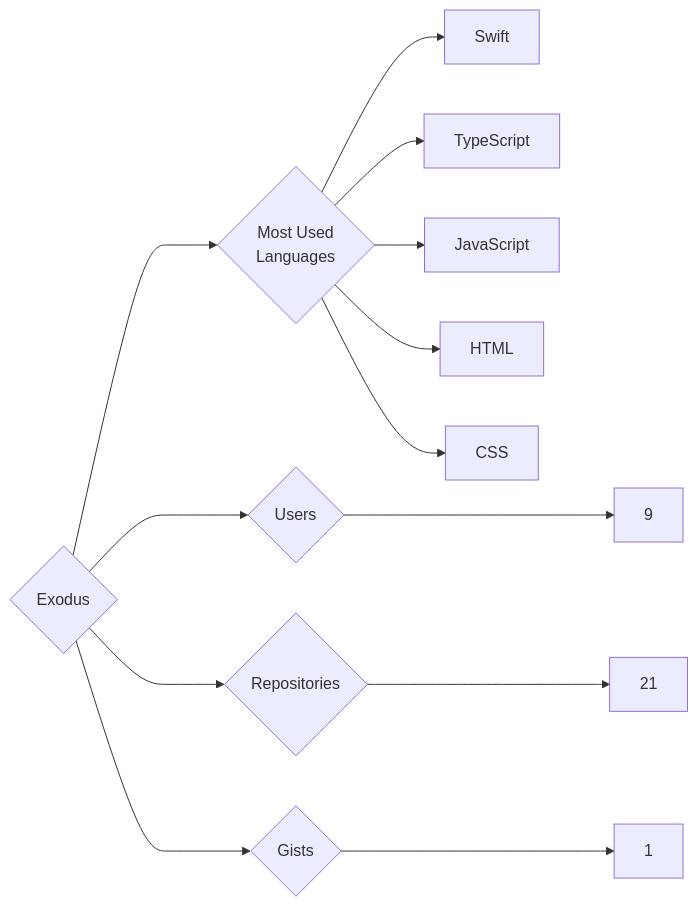
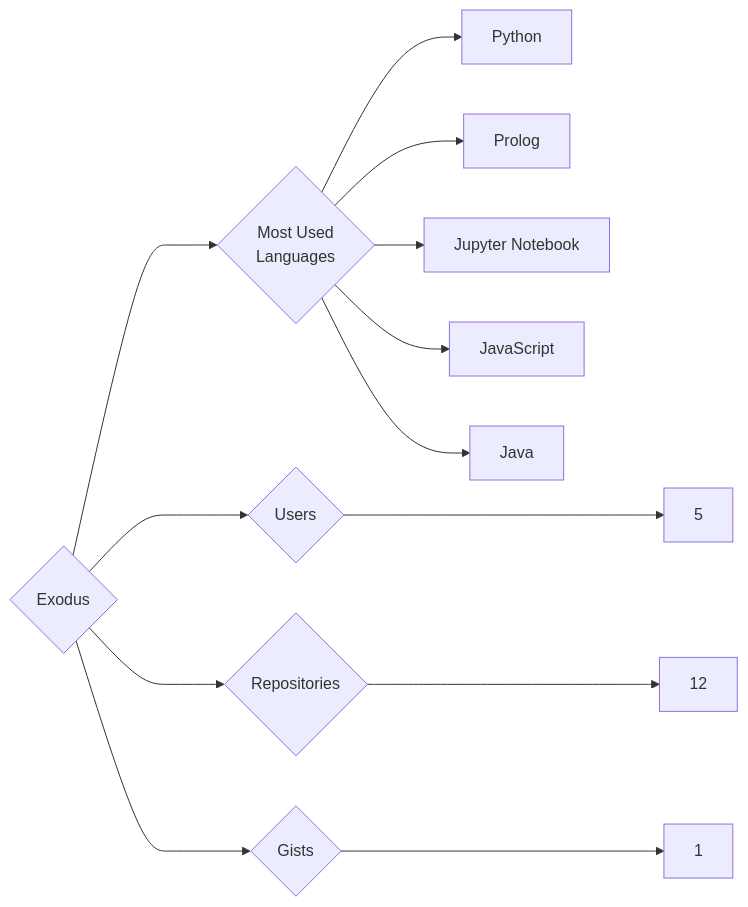
The diagram in targets/Exodus/README.md (trickest/insiders), drawn with Mermaid before and after one commit. The commit also changed 1023 other files, not shown here.

````diff
--- a/targets/Exodus/README.md
+++ b/targets/Exodus/README.md
@@ -3,13 +3,13 @@
 ```mermaid
 graph LR
 COMPANY_NAME{Exodus}
-COMPANY_NAME ---> U{Users} ---> UN[9]
-COMPANY_NAME ---> R{Repositories} ---> RN[21]
+COMPANY_NAME ---> U{Users} ---> UN[5]
+COMPANY_NAME ---> R{Repositories} ---> RN[12]
 COMPANY_NAME ---> G{Gists} ---> GN[1]
 COMPANY_NAME ---> ML{Most Used<br>Languages}
-ML --> Swift[Swift]
-ML --> TypeScript[TypeScript]
+ML --> Python[Python]
+ML --> Prolog[Prolog]
+ML --> Jupyter_Notebook[Jupyter Notebook]
 ML --> JavaScript[JavaScript]
-ML --> HTML[HTML]
-ML --> CSS[CSS]
+ML --> Java[Java]
 ```
````
